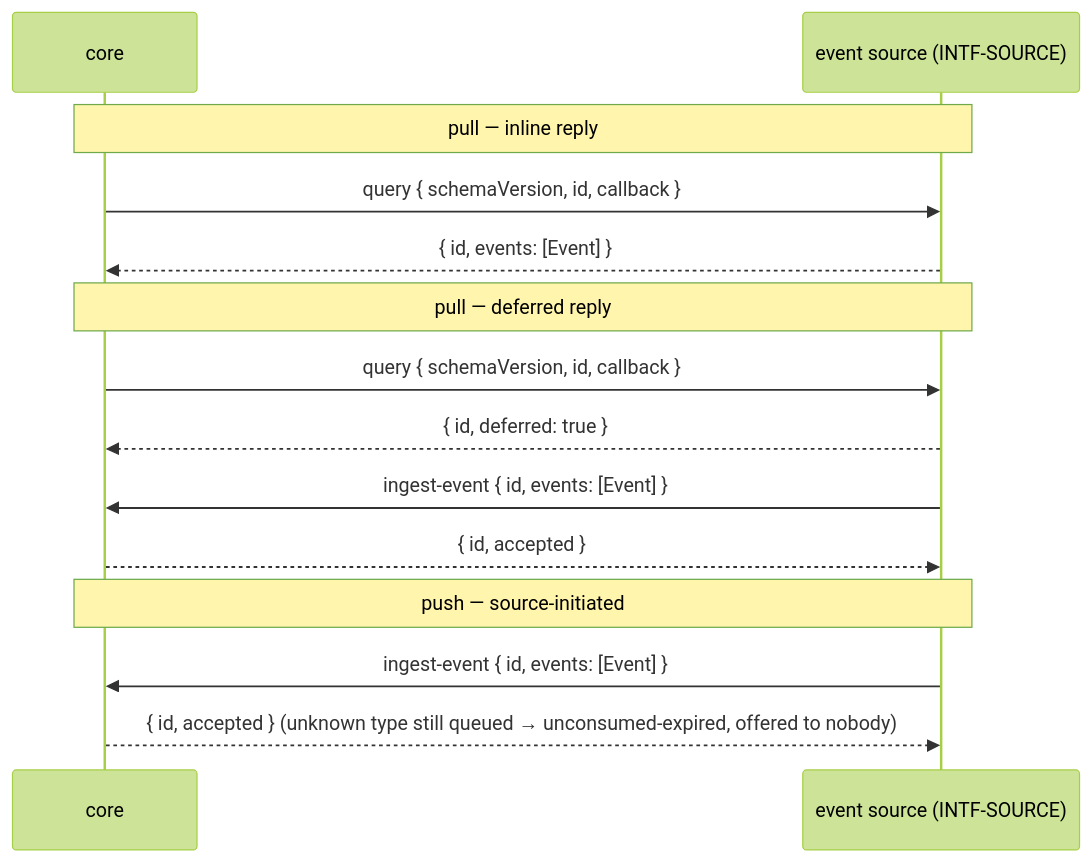
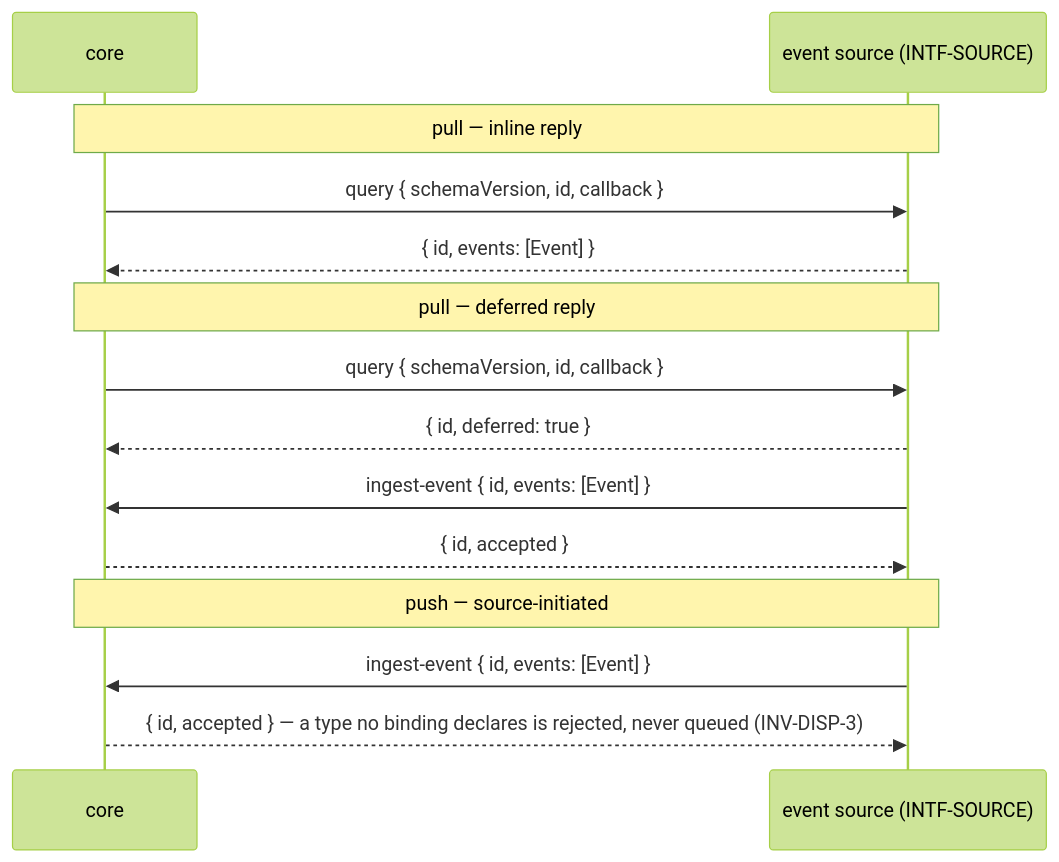
Before and after one commit to phillipgreenii/nix-agent-support: the third of 7 diagrams in packages/pr-pool/docs/behavior/interfaces.md, drawn with Mermaid (forest theme). The commit also changed other lines of this file and 6 other files, not shown here.

````diff
--- a/packages/pr-pool/docs/behavior/interfaces.md
+++ b/packages/pr-pool/docs/behavior/interfaces.md
@@ -260,16 +263,16 @@
 ```mermaid
 sequenceDiagram
     participant Core as core
     participant Src as event source (INTF-SOURCE)
     Note over Core,Src: pull — inline reply
     Core->>Src: query { schemaVersion, id, callback }
     Src-->>Core: { id, events: [Event] }
     Note over Core,Src: pull — deferred reply
     Core->>Src: query { schemaVersion, id, callback }
     Src-->>Core: { id, deferred: true }
     Src->>Core: ingest-event { id, events: [Event] }
     Core-->>Src: { id, accepted }
     Note over Core,Src: push — source-initiated
     Src->>Core: ingest-event { id, events: [Event] }
-    Core-->>Src: { id, accepted }  (unknown type still queued → unconsumed-expired, offered to nobody)
+    Core-->>Src: { id, accepted } — a type no binding declares is rejected, never queued (INV-DISP-3)
 ```
````
